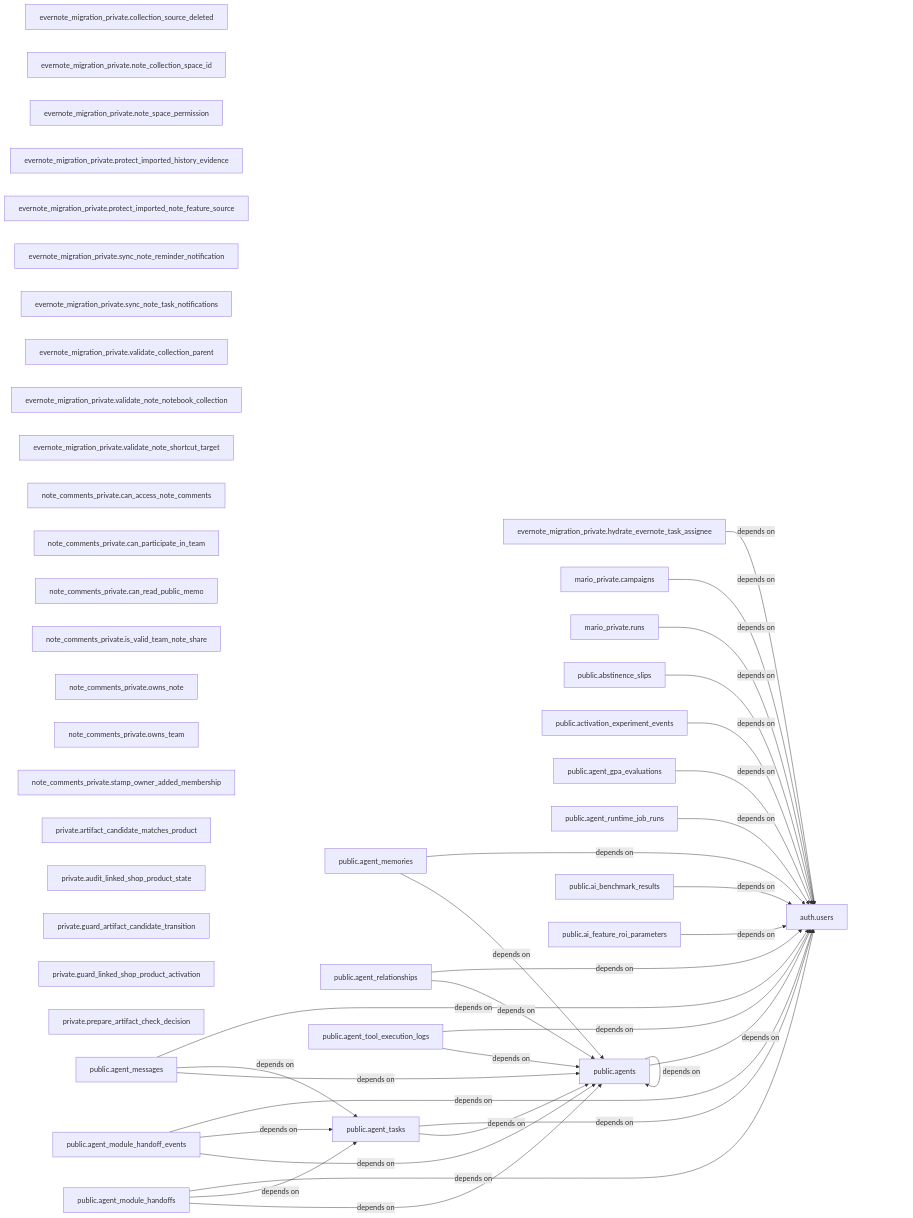
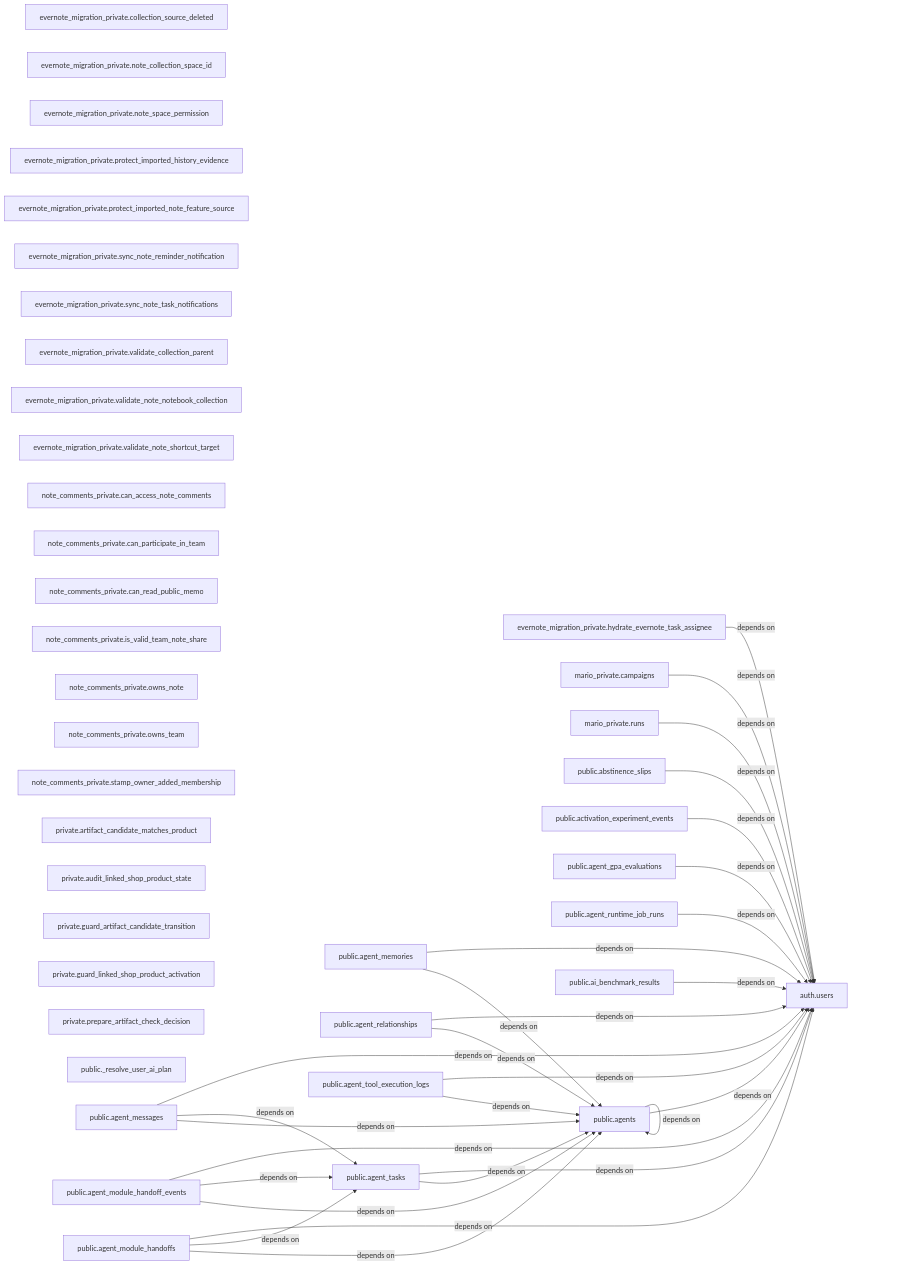
Before and after one commit to kanta13jp1/my_web_app: the second of 2 diagrams in docs/generated/INFRASTRUCTURE_MAP.md, drawn with Mermaid. The commit also changed other lines of this file and 9 other files, not shown here.

````diff
--- a/docs/generated/INFRASTRUCTURE_MAP.md
+++ b/docs/generated/INFRASTRUCTURE_MAP.md
@@ -25,71 +25,70 @@
 ```mermaid
 flowchart LR
   r_83903ee32b["auth.users"]
   r_d88f3b84ca["evernote_migration_private.collection_source_deleted"]
   r_73c4f41def["evernote_migration_private.hydrate_evernote_task_assignee"]
   r_ffb672200f["evernote_migration_private.note_collection_space_id"]
   r_769d2844f9["evernote_migration_private.note_space_permission"]
   r_c5d14536e4["evernote_migration_private.protect_imported_history_evidence"]
   r_61ee01a06e["evernote_migration_private.protect_imported_note_feature_source"]
   r_39663d015d["evernote_migration_private.sync_note_reminder_notification"]
   r_7003e30ffb["evernote_migration_private.sync_note_task_notifications"]
   r_cb340cb8d0["evernote_migration_private.validate_collection_parent"]
   r_83b4367884["evernote_migration_private.validate_note_notebook_collection"]
   r_cf19f1c46f["evernote_migration_private.validate_note_shortcut_target"]
   r_ac500aabc1["mario_private.campaigns"]
   r_c3130a4a16["mario_private.runs"]
   r_6bb9d6715b["note_comments_private.can_access_note_comments"]
   r_8911c7866b["note_comments_private.can_participate_in_team"]
   r_925c771fa1["note_comments_private.can_read_public_memo"]
   r_5eb21972d5["note_comments_private.is_valid_team_note_share"]
   r_e8169db4ad["note_comments_private.owns_note"]
   r_a0397d99b8["note_comments_private.owns_team"]
   r_2e9cd17c5c["note_comments_private.stamp_owner_added_membership"]
   r_8191971c00["private.artifact_candidate_matches_product"]
   r_e1862b1f50["private.audit_linked_shop_product_state"]
   r_5a323ff113["private.guard_artifact_candidate_transition"]
   r_f6277383c4["private.guard_linked_shop_product_activation"]
   r_c5201230ed["private.prepare_artifact_check_decision"]
+  r_09591299f9["public._resolve_user_ai_plan"]
   r_329fe13cab["public.abstinence_slips"]
   r_baad80ddc1["public.activation_experiment_events"]
   r_fbcd5fc165["public.agent_gpa_evaluations"]
   r_7673212bd8["public.agent_memories"]
   r_75122649e6["public.agent_messages"]
   r_033868af7f["public.agent_module_handoff_events"]
   r_999827be17["public.agent_module_handoffs"]
   r_d87b4e9d5a["public.agent_relationships"]
   r_ad4057e3a0["public.agent_runtime_job_runs"]
   r_07696a89a7["public.agent_tasks"]
   r_e4fc606bbb["public.agent_tool_execution_logs"]
   r_b7636f3dcb["public.agents"]
   r_e4bcb02f47["public.ai_benchmark_results"]
-  r_1381217d4c["public.ai_feature_roi_parameters"]
   r_73c4f41def -->|depends on| r_83903ee32b
   r_ac500aabc1 -->|depends on| r_83903ee32b
   r_c3130a4a16 -->|depends on| r_83903ee32b
   r_329fe13cab -->|depends on| r_83903ee32b
   r_baad80ddc1 -->|depends on| r_83903ee32b
   r_fbcd5fc165 -->|depends on| r_83903ee32b
   r_7673212bd8 -->|depends on| r_83903ee32b
   r_7673212bd8 -->|depends on| r_b7636f3dcb
   r_75122649e6 -->|depends on| r_83903ee32b
   r_75122649e6 -->|depends on| r_07696a89a7
   r_75122649e6 -->|depends on| r_b7636f3dcb
   r_033868af7f -->|depends on| r_83903ee32b
   r_033868af7f -->|depends on| r_07696a89a7
   r_033868af7f -->|depends on| r_b7636f3dcb
   r_999827be17 -->|depends on| r_83903ee32b
   r_999827be17 -->|depends on| r_07696a89a7
   r_999827be17 -->|depends on| r_b7636f3dcb
   r_d87b4e9d5a -->|depends on| r_83903ee32b
   r_d87b4e9d5a -->|depends on| r_b7636f3dcb
   r_ad4057e3a0 -->|depends on| r_83903ee32b
   r_07696a89a7 -->|depends on| r_83903ee32b
   r_07696a89a7 -->|depends on| r_b7636f3dcb
   r_e4fc606bbb -->|depends on| r_83903ee32b
   r_e4fc606bbb -->|depends on| r_b7636f3dcb
   r_b7636f3dcb -->|depends on| r_83903ee32b
   r_b7636f3dcb -->|depends on| r_b7636f3dcb
   r_e4bcb02f47 -->|depends on| r_83903ee32b
-  r_1381217d4c -->|depends on| r_83903ee32b
 ```
````
